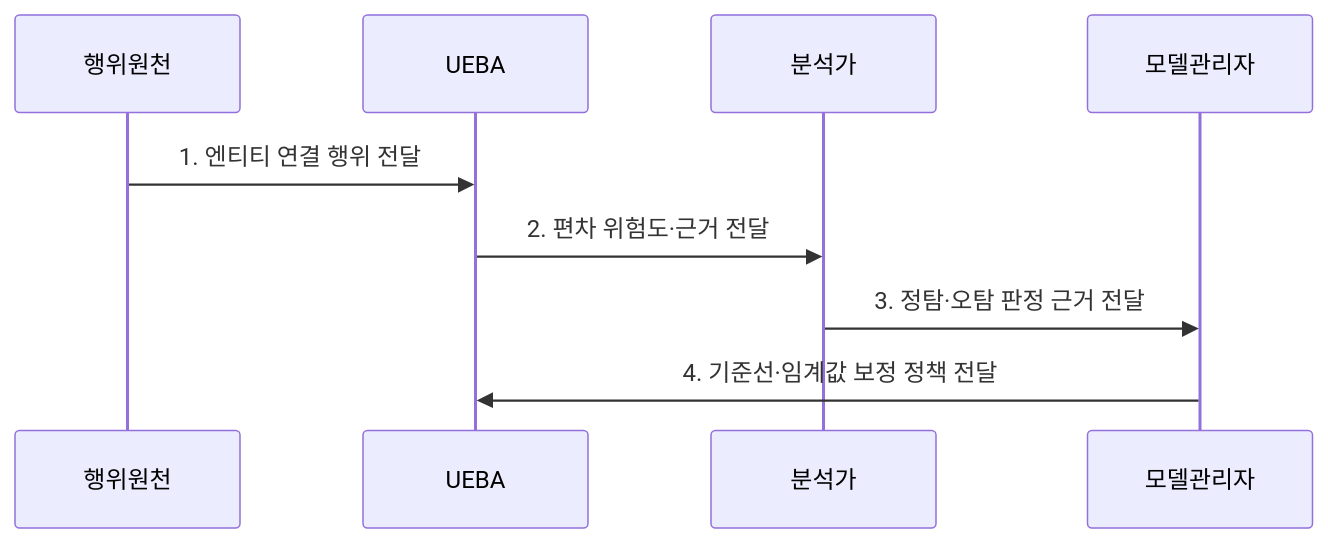
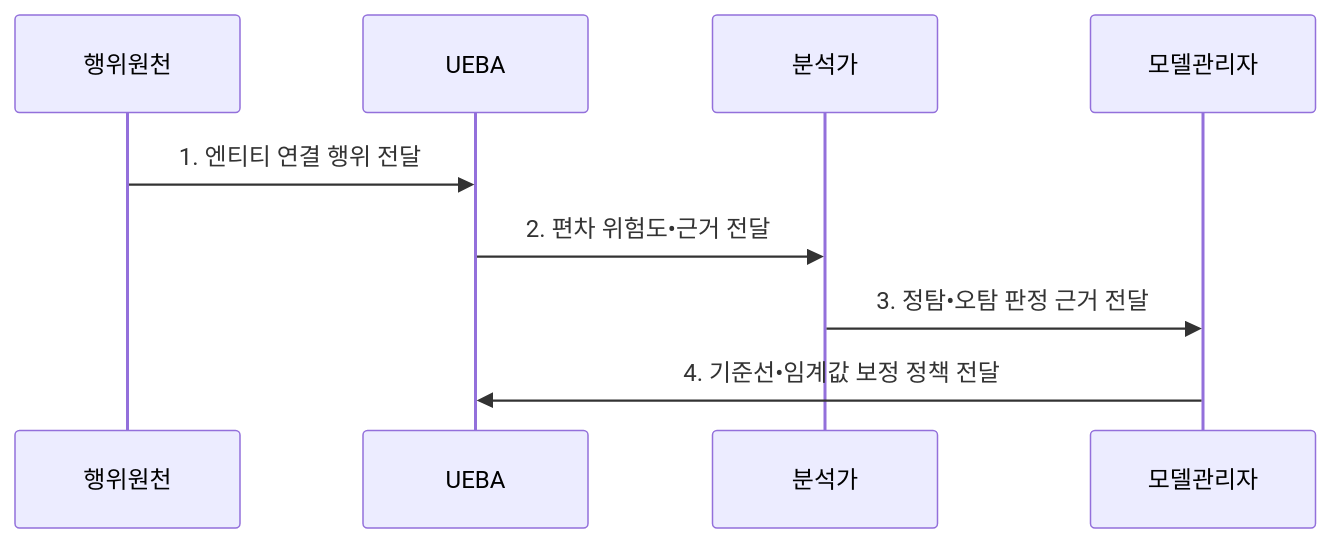
One commit to agnusdei1207/knowledge-base changed the second of 2 diagrams in src/content/docs/notes/05-security/038_ueba.md. Above: the diagram before and after it, drawn with Mermaid. The commit also changed other lines of this file and 953 other files, not shown here.

````diff
--- a/src/content/docs/notes/05-security/038_ueba.md
+++ b/src/content/docs/notes/05-security/038_ueba.md
@@ -104,11 +104,11 @@
 ```mermaid
 sequenceDiagram
     participant 행위원천
     participant UEBA
     participant 분석가
     participant 모델관리자
     행위원천->>UEBA: 1. 엔티티 연결 행위 전달
-    UEBA->>분석가: 2. 편차 위험도·근거 전달
-    분석가->>모델관리자: 3. 정탐·오탐 판정 근거 전달
-    모델관리자->>UEBA: 4. 기준선·임계값 보정 정책 전달
+    UEBA->>분석가: 2. 편차 위험도•근거 전달
+    분석가->>모델관리자: 3. 정탐•오탐 판정 근거 전달
+    모델관리자->>UEBA: 4. 기준선•임계값 보정 정책 전달
 ```
````
